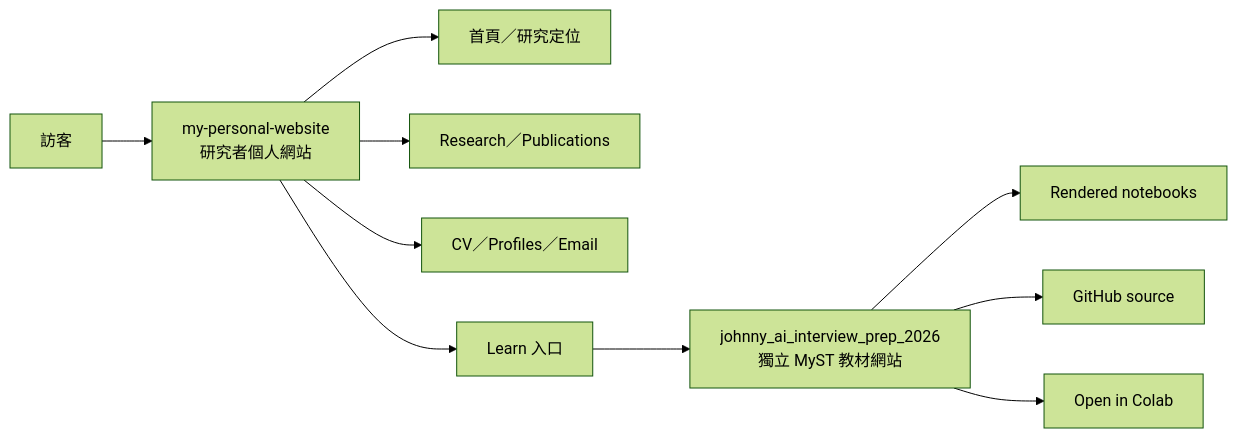
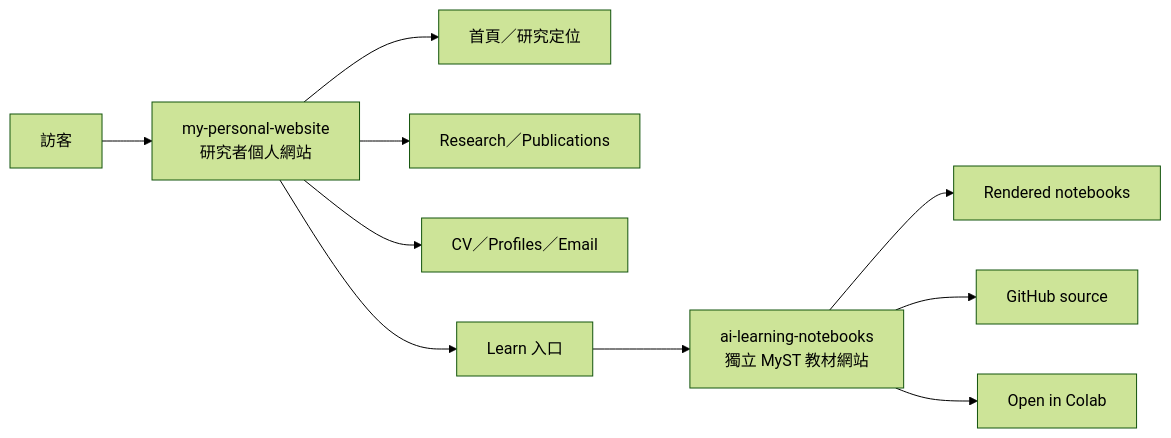
One commit to chungenyu6/my-personal-website changed the first of 2 diagrams in README.md. Above: the diagram before and after it, drawn with Mermaid (forest theme). The commit also changed other lines of this file and 6 other files, not shown here.

First line of the commit message:
Link renamed AI learning notebooks site (#1)

````diff
--- a/README.md
+++ b/README.md
@@ -15,12 +15,12 @@
 ```mermaid
 flowchart LR
     V["訪客"] --> P["my-personal-website<br>研究者個人網站"]
     P --> H["首頁／研究定位"]
     P --> R["Research／Publications"]
     P --> C["CV／Profiles／Email"]
     P --> L["Learn 入口"]
-    L --> M["johnny_ai_interview_prep_2026<br>獨立 MyST 教材網站"]
+    L --> M["ai-learning-notebooks<br>獨立 MyST 教材網站"]
     M --> N["Rendered notebooks"]
     M --> G["GitHub source"]
     M --> B["Open in Colab"]
 ```
````
